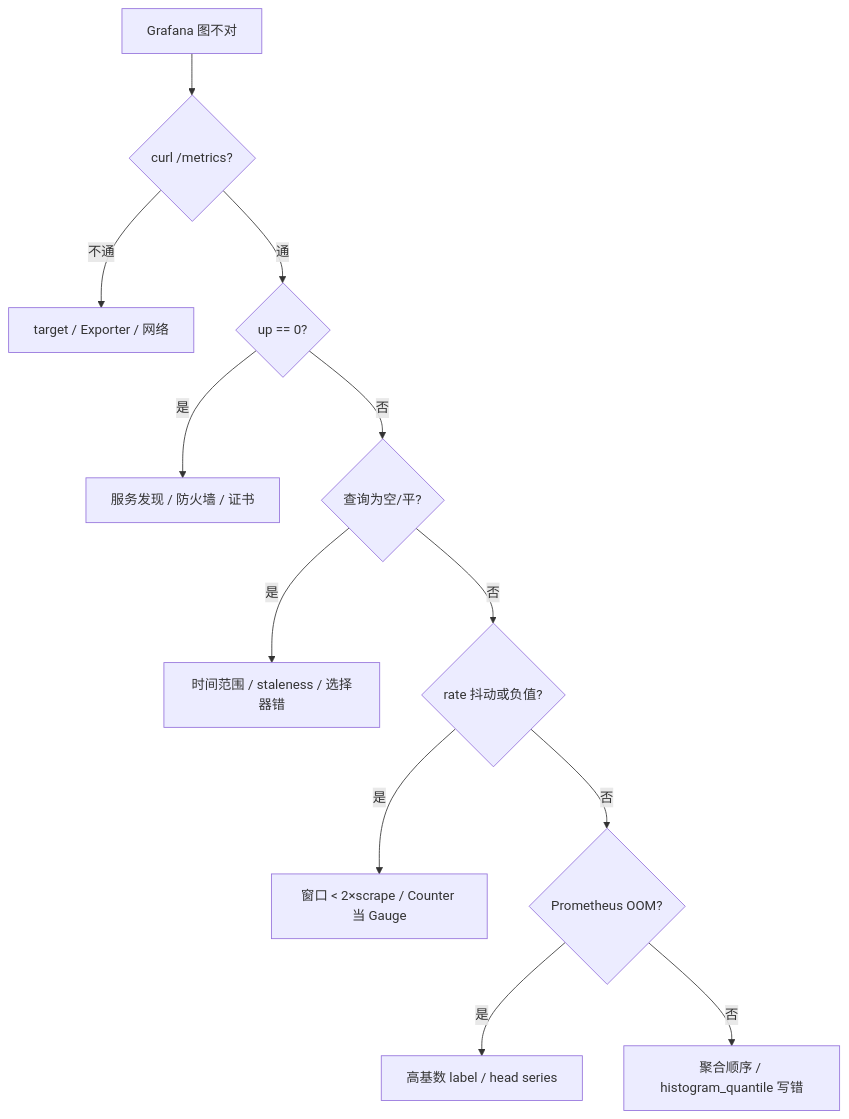
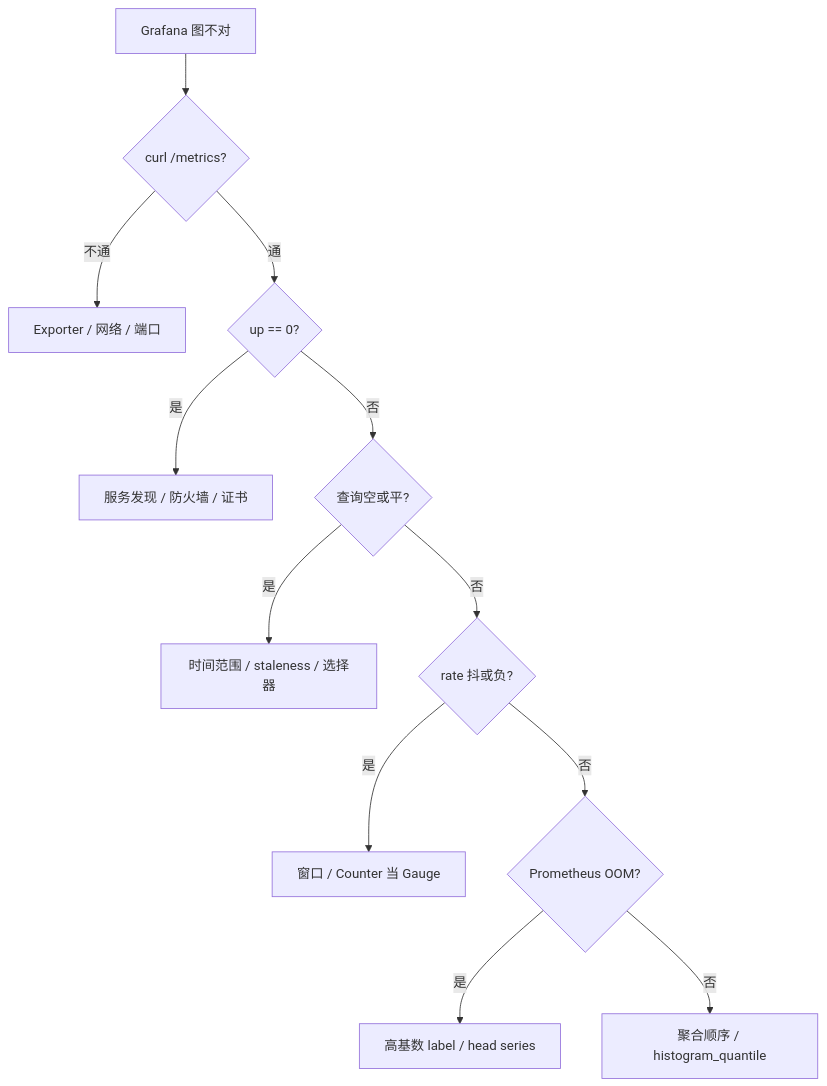
Before and after one commit to ml-cuizijun/LearnToLilith: the fourth of 4 diagrams in 09-可观测性与SRE方法论/02-Prometheus与PromQL/知识点.md, drawn with Mermaid. The commit also changed other lines of this file and 178 other files, not shown here.

````diff
--- a/09-可观测性与SRE方法论/02-Prometheus与PromQL/知识点.md
+++ b/09-可观测性与SRE方法论/02-Prometheus与PromQL/知识点.md
@@ -468,14 +400,14 @@
 ```mermaid
 flowchart TB
     A[Grafana 图不对] --> B{curl /metrics?}
-    B -->|不通| C[target / Exporter / 网络]
+    B -->|不通| C[Exporter / 网络 / 端口]
     B -->|通| D{up == 0?}
     D -->|是| E[服务发现 / 防火墙 / 证书]
-    D -->|否| F{查询为空/平?}
-    F -->|是| G[时间范围 / staleness / 选择器错]
-    F -->|否| H{rate 抖动或负值?}
-    H -->|是| I[窗口 < 2×scrape / Counter 当 Gauge]
+    D -->|否| F{查询空或平?}
+    F -->|是| G[时间范围 / staleness / 选择器]
+    F -->|否| H{rate 抖或负?}
+    H -->|是| I[窗口 / Counter 当 Gauge]
     H -->|否| J{Prometheus OOM?}
     J -->|是| K[高基数 label / head series]
-    J -->|否| L[聚合顺序 / histogram_quantile 写错]
+    J -->|否| L[聚合顺序 / histogram_quantile]
 ```
````
